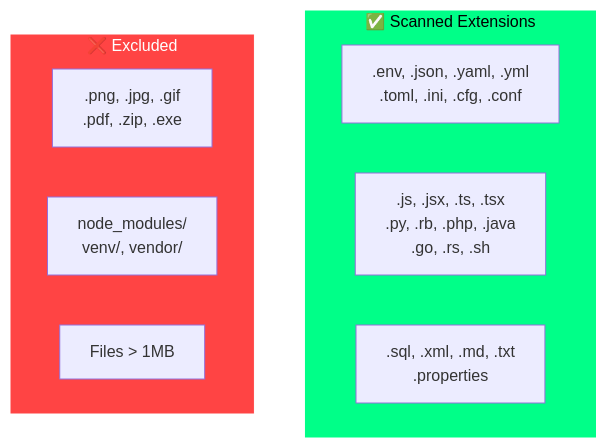
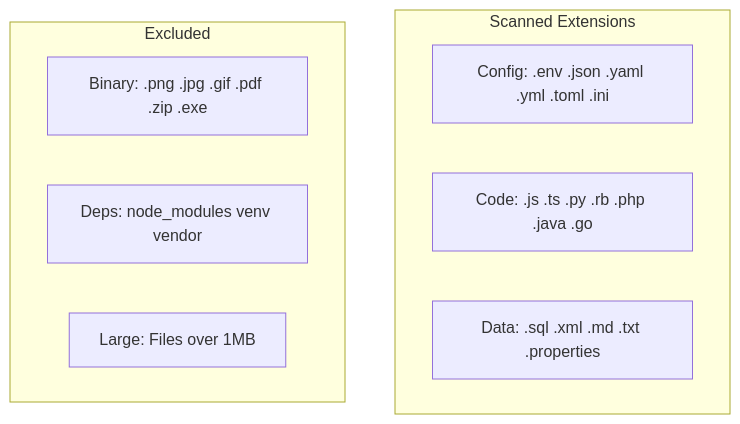
Before and after one commit to alamshoaib134/git-secret-scanner: the tenth of 18 diagrams in architecture/LLD.md, drawn with Mermaid. The commit also changed other lines of this file and 1 other file, not shown here.

First line of the commit message:
Fix Mermaid syntax errors in architecture diagrams

````diff
--- a/architecture/LLD.md
+++ b/architecture/LLD.md
@@ -325,17 +313,14 @@
 ```mermaid
 graph TD
-    subgraph Scanned["✅ Scanned Extensions"]
-        CONFIG[".env, .json, .yaml, .yml<br/>.toml, .ini, .cfg, .conf"]
-        CODE[".js, .jsx, .ts, .tsx<br/>.py, .rb, .php, .java<br/>.go, .rs, .sh"]
-        DATA[".sql, .xml, .md, .txt<br/>.properties"]
+    subgraph Scanned["Scanned Extensions"]
+        CONFIG["Config: .env .json .yaml .yml .toml .ini"]
+        CODE["Code: .js .ts .py .rb .php .java .go"]
+        DATA["Data: .sql .xml .md .txt .properties"]
     end
 
-    subgraph Excluded["❌ Excluded"]
-        BINARY[".png, .jpg, .gif<br/>.pdf, .zip, .exe"]
-        DEPS["node_modules/<br/>venv/, vendor/"]
-        LARGE["Files > 1MB"]
+    subgraph Excluded["Excluded"]
+        BINARY["Binary: .png .jpg .gif .pdf .zip .exe"]
+        DEPS["Deps: node_modules venv vendor"]
+        LARGE["Large: Files over 1MB"]
     end
-
-    style Scanned fill:#00ff88,stroke:#fff,color:#000
-    style Excluded fill:#ff4444,stroke:#fff,color:#fff
 ```
````
